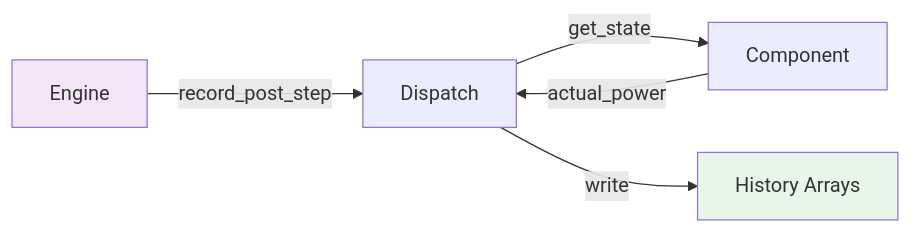
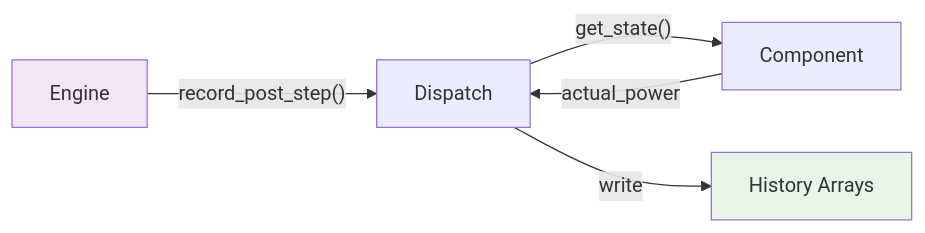
Before and after one commit to utczbr/h2_plant: the fourth of 5 diagrams in docs/BACKEND_DIAGRAM.md, drawn with Mermaid. The commit also changed other lines of this file, not shown here.

Commit message:
docs: fix Mermaid flowcharts in BACKEND_DIAGRAM.md for GitHub rendering

````diff
--- a/docs/BACKEND_DIAGRAM.md
+++ b/docs/BACKEND_DIAGRAM.md
@@ -131,10 +131,10 @@
 ```mermaid
 flowchart LR
-    E[Engine] -->|record_post_step| F[Dispatch]
-    F -->|get_state| G[Component]
-    G -->|actual_power| F
-    F -->|write| H[History Arrays]
-    
+    E["Engine"] -->|"record_post_step()"| F["Dispatch"]
+    F -->|"get_state()"| G["Component"]
+    G -->|"actual_power"| F
+    F -->|"write"| H["History Arrays"]
+
     style E fill:#f3e5f5
     style H fill:#e8f5e9
 ```
````
